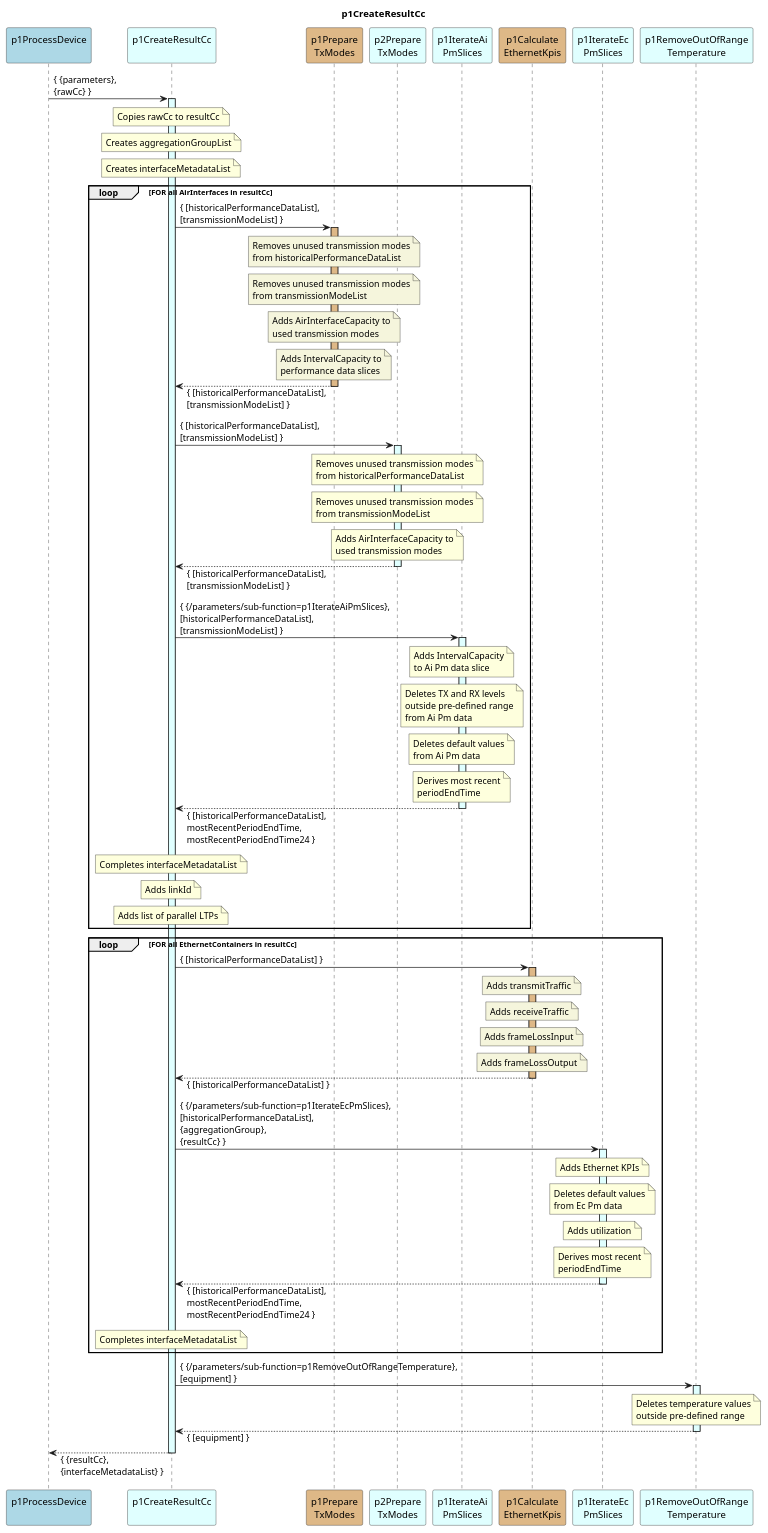
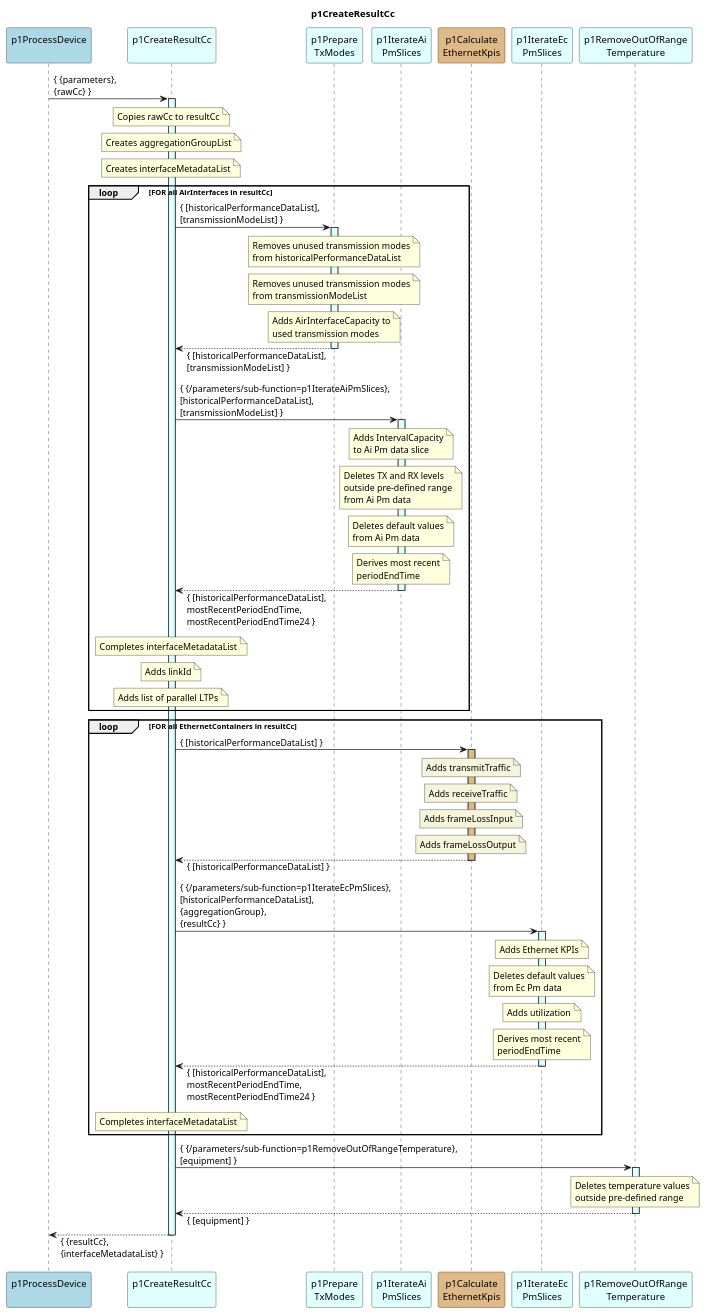
The diagram in spec/Functions/p1StreamPmData/p1ProcessDevice/p1CreateResultCc/1.1.0/p1CreateResultCc.plantuml (openBackhaul/DevicePerformanceManagementDataProcessor), drawn with PlantUML before and after one commit. The commit also changed 30 other files, not shown here.

Commit message:
Down version p2PrepareTxModes

```diff
--- a/spec/Functions/p1StreamPmData/p1ProcessDevice/p1CreateResultCc/1.1.0/p1CreateResultCc.plantuml
+++ b/spec/Functions/p1StreamPmData/p1ProcessDevice/p1CreateResultCc/1.1.0/p1CreateResultCc.plantuml
@@ -1,190 +1,163 @@
 @startuml p1CreateResultCc
 skinparam responseMessageBelowArrow true
 
 title
   p1CreateResultCc
 end title
 
 participant "p1ProcessDevice\n" as requestor #LightBlue
 participant "p1CreateResultCc\n" as cur #LightCyan
-participant "p1Prepare\nTxModes" as p1PrepTxModes #BurlyWood
-participant "p2Prepare\nTxModes" as p2PrepTxModes #LightCyan
+participant "p1Prepare\nTxModes" as p1prepTxModes #LightCyan
 participant "p1IterateAi\nPmSlices" as p1IterateAi #LightCyan
 participant "p1Calculate\nEthernetKpis" as ethKpis #BurlyWood
 participant "p1IterateEc\nPmSlices" as p1IterateEc #LightCyan
 participant "p1RemoveOutOfRange\nTemperature" as p1RemoveTemp #LightCyan
 
 requestor -> cur : { {parameters},\n{rawCc} }
 activate cur #LightCyan
 
   note over cur
     Copies rawCc to resultCc
   end note
 
   note over cur
     Creates aggregationGroupList
   end note
 
   note over cur
     Creates interfaceMetadataList
   end note
 
   loop FOR all AirInterfaces in resultCc
 
-    cur -> p1PrepTxModes : { [historicalPerformanceDataList],\n[transmissionModeList] }
-    activate p1PrepTxModes #BurlyWood
+    cur -> p1prepTxModes : { [historicalPerformanceDataList],\n[transmissionModeList] }
+    activate p1prepTxModes #LightCyan
 
-      note over p1PrepTxModes #Beige
+      note over p1prepTxModes
         Removes unused transmission modes
         from historicalPerformanceDataList
       end note
 
-      note over p1PrepTxModes #Beige
+      note over p1prepTxModes
         Removes unused transmission modes
         from transmissionModeList
       end note
 
-      note over p1PrepTxModes #Beige
+      note over p1prepTxModes
         Adds AirInterfaceCapacity to
         used transmission modes
       end note
 
-      note over p1PrepTxModes #Beige
-        Adds IntervalCapacity to
-        performance data slices
-      end note
-
-    cur <-- p1PrepTxModes : { [historicalPerformanceDataList],\n[transmissionModeList] }
-    deactivate p1PrepTxModes
-
-    cur -> p2PrepTxModes : { [historicalPerformanceDataList],\n[transmissionModeList] }
-    activate p2PrepTxModes #LightCyan
-
-      note over p2PrepTxModes
-        Removes unused transmission modes
-        from historicalPerformanceDataList
-      end note
-
-      note over p2PrepTxModes
-        Removes unused transmission modes
-        from transmissionModeList
-      end note
-
-      note over p2PrepTxModes
-        Adds AirInterfaceCapacity to
-        used transmission modes
-      end note
-
-    cur <-- p2PrepTxModes : { [historicalPerformanceDataList],\n[transmissionModeList] }
-    deactivate p2PrepTxModes
+    cur <-- p1prepTxModes : { [historicalPerformanceDataList],\n[transmissionModeList] }
+    deactivate p1prepTxModes
 
     cur -> p1IterateAi : { {/parameters/sub-function=p1IterateAiPmSlices},\n[historicalPerformanceDataList],\n[transmissionModeList] }
     activate p1IterateAi #LightCyan
 
       note over p1IterateAi
         Adds IntervalCapacity
         to Ai Pm data slice
       end note
 
       note over p1IterateAi
         Deletes TX and RX levels
         outside pre-defined range
         from Ai Pm data
       end note
 
       note over p1IterateAi
         Deletes default values
         from Ai Pm data
       end note
 
       note over p1IterateAi
         Derives most recent
         periodEndTime
       end note
 
     cur <-- p1IterateAi : { [historicalPerformanceDataList],\nmostRecentPeriodEndTime,\nmostRecentPeriodEndTime24 }
     deactivate p1IterateAi
 
     note over cur
       Completes interfaceMetadataList
     end note
 
     note over cur
       Adds linkId
     end note
 
     note over cur
       Adds list of parallel LTPs
     end note
 
   end
 
   loop FOR all EthernetContainers in resultCc
 
     cur -> ethKpis : { [historicalPerformanceDataList] }
     activate ethKpis #BurlyWood
 
       note over ethKpis #Beige
         Adds transmitTraffic
       end note
 
       note over ethKpis #Beige
         Adds receiveTraffic
       end note
 
       note over ethKpis #Beige
         Adds frameLossInput
       end note
 
       note over ethKpis #Beige
         Adds frameLossOutput
       end note
 
     cur <-- ethKpis : { [historicalPerformanceDataList] }
     deactivate ethKpis
 
     cur -> p1IterateEc : { {/parameters/sub-function=p1IterateEcPmSlices},\n[historicalPerformanceDataList],\n{aggregationGroup},\n{resultCc} }
     activate p1IterateEc #LightCyan
 
       note over p1IterateEc
         Adds Ethernet KPIs
       end note
 
       note over p1IterateEc
         Deletes default values
         from Ec Pm data
       end note
 
       note over p1IterateEc
         Adds utilization
       end note
 
       note over p1IterateEc
         Derives most recent
         periodEndTime
       end note
 
     cur <-- p1IterateEc : { [historicalPerformanceDataList],\nmostRecentPeriodEndTime,\nmostRecentPeriodEndTime24 }
     deactivate p1IterateEc
 
     note over cur
       Completes interfaceMetadataList
     end note
 
   end loop
 
   cur -> p1RemoveTemp : { {/parameters/sub-function=p1RemoveOutOfRangeTemperature},\n[equipment] }
   activate p1RemoveTemp #LightCyan
 
     note over p1RemoveTemp
       Deletes temperature values
       outside pre-defined range
     end note
 
   cur <-- p1RemoveTemp : { [equipment] }
   deactivate p1RemoveTemp
 
 requestor <-- cur : { {resultCc},\n{interfaceMetadataList} }
 deactivate cur
 
 @enduml
```
